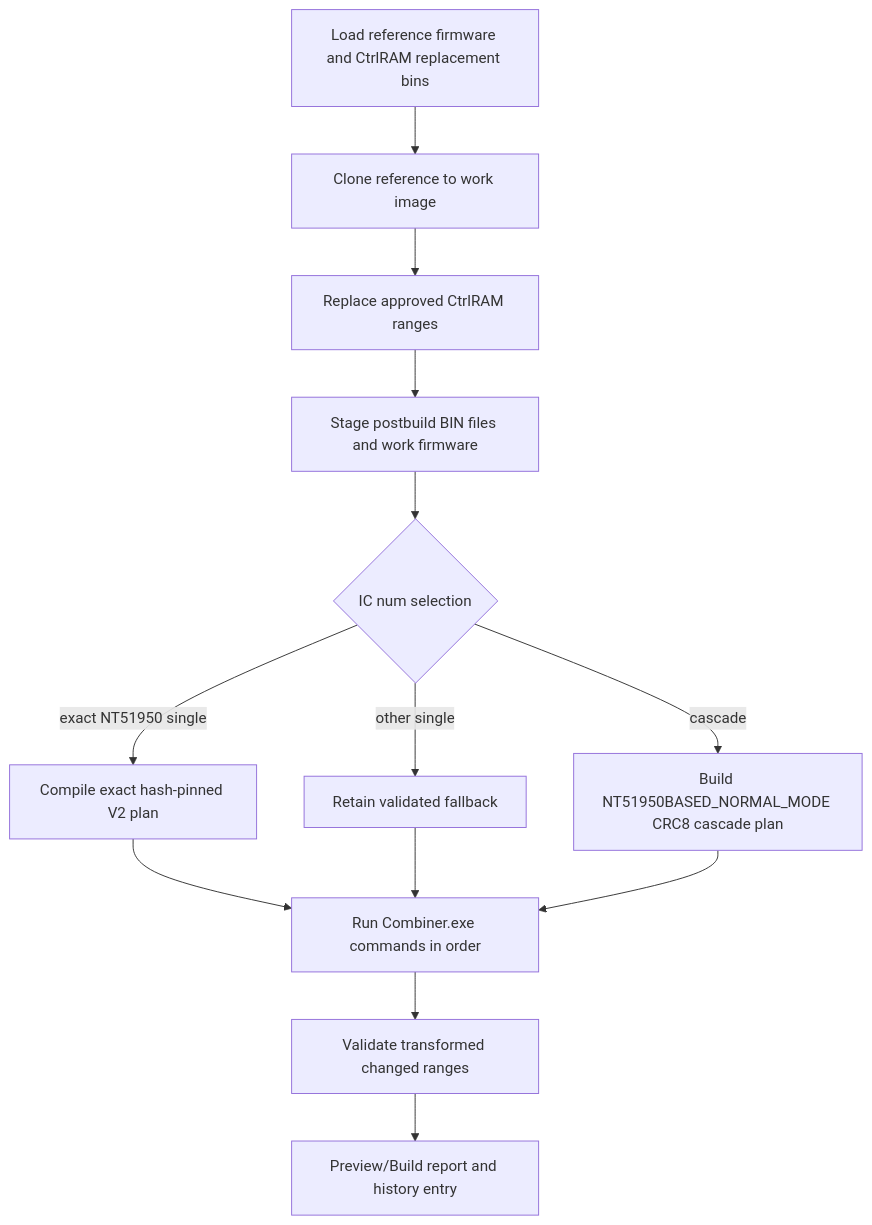
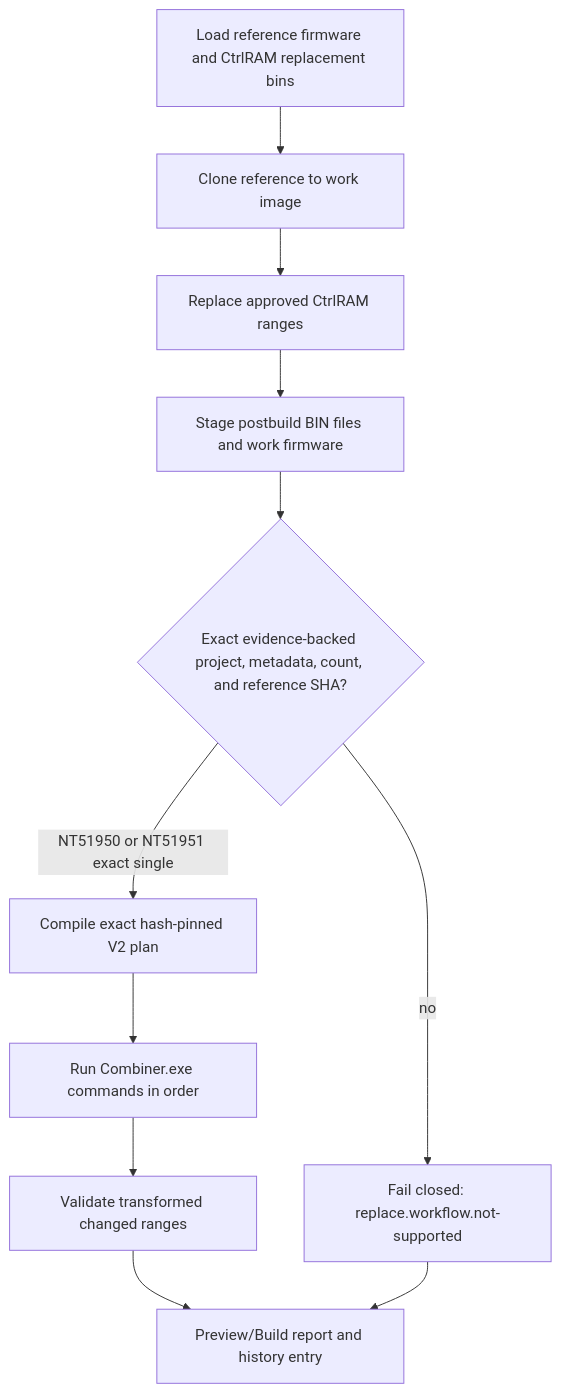
Diagram 12 of 13 in docs/architecture/ic-workflow-flowcharts.md (Dennis40816/nvt_fw_combiner), drawn with Mermaid before and after one commit. The commit also changed other lines of this file and 71 other files, not shown here.

````diff
--- a/docs/architecture/ic-workflow-flowcharts.md
+++ b/docs/architecture/ic-workflow-flowcharts.md
@@ -297,15 +297,13 @@
 ```mermaid
 flowchart TD
     A["Load reference firmware and CtrlRAM replacement bins"] --> B["Clone reference to work image"]
     B --> C["Replace approved CtrlRAM ranges"]
     C --> D["Stage postbuild BIN files and work firmware"]
-    D --> E{"IC num selection"}
-    E -- "exact NT51950 single" --> F["Compile exact hash-pinned V2 plan"]
-    E -- "other single" --> L["Retain validated fallback"]
-    E -- "cascade" --> G["Build NT51950BASED_NORMAL_MODE CRC8 cascade plan"]
+    D --> E{"Exact evidence-backed project, metadata, count, and reference SHA?"}
+    E -- "NT51950 or NT51951 exact single" --> F["Compile exact hash-pinned V2 plan"]
+    E -- "no" --> L["Fail closed: replace.workflow.not-supported"]
     F --> H["Run Combiner.exe commands in order"]
-    L --> H
-    G --> H
     H --> I["Validate transformed changed ranges"]
     I --> J["Preview/Build report and history entry"]
+    L --> J
 ```
````
